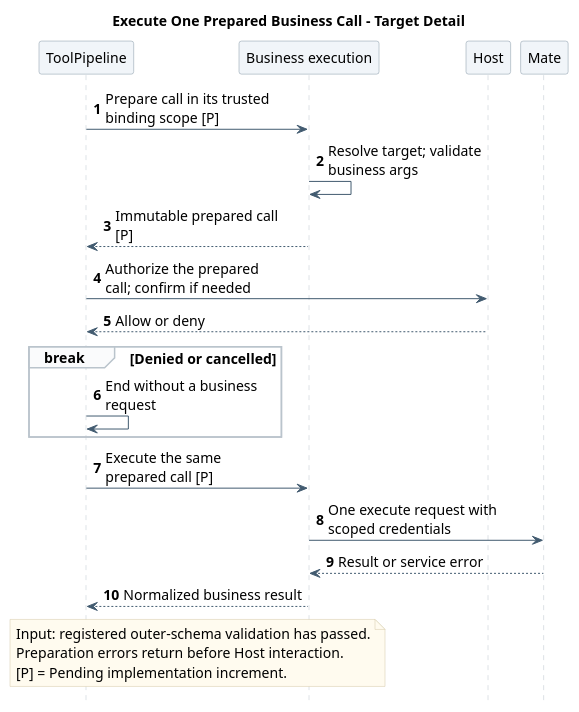
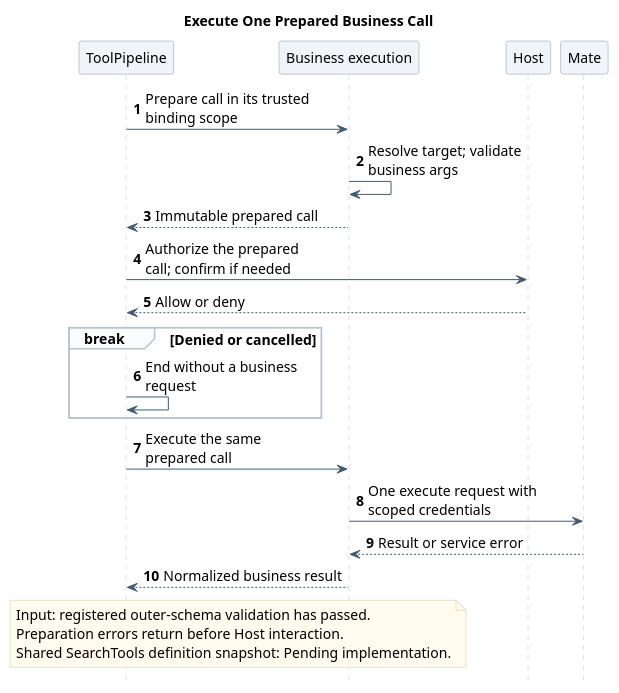
The sixth of 13 diagrams in 01-总体架构/02-CampusClaw工具系统/diagram.puml (ssm0808/pi-mono-java-design), drawn with PlantUML before and after one commit. The commit also changed other lines of this file and 21 other files, not shown here.

Commit message:
docs(tools): adopt SearchTools discovery

```diff
--- a/01-总体架构/02-CampusClaw工具系统/diagram.puml
+++ b/01-总体架构/02-CampusClaw工具系统/diagram.puml
@@ -292,56 +355,56 @@
 @startuml call_mate_tool_sequence
-' Source evidence (CampusClaw c9a2340f87bda6dff6bbd352f6995f8551206bb5, checked 2026-09-22):
-' modules/coding-agent-cli/src/main/java/com/campusclaw/codingagent/tool/mate/CallTool.java: execute
-' modules/coding-agent-cli/src/main/java/com/campusclaw/codingagent/tool/mate/MateToolAdapter.java: execute
-' modules/coding-agent-cli/src/main/java/com/campusclaw/codingagent/tool/mate/MateToolExecutor.java: executeAgent, executeSkill, execute, validateArguments
+' Source evidence (CampusClaw ae6645caaade3b9520220a34af940210850ef36a, checked 2026-09-22):
+' modules/coding-agent-cli/src/main/java/com/campusclaw/codingagent/tool/mate/CallTool.java: prepare
+' modules/coding-agent-cli/src/main/java/com/campusclaw/codingagent/tool/mate/MateToolAdapter.java: prepare
+' modules/coding-agent-cli/src/main/java/com/campusclaw/codingagent/tool/mate/MateToolExecutor.java: prepareSkill, prepareAgent, executePrepared
 ' modules/coding-agent-cli/src/main/java/com/campusclaw/codingagent/common/client/HttpMateToolClient.java: callTool
 ' Baseline evidence (pi 95fbc04997eaee961eb673fa7923e9220609ebd5):
 ' packages/agent/src/agent-loop.ts: prepareToolCall, executePreparedToolCall
 ' Auxiliary evidence (DSH c36a83ff6bb95e3f82cf79f9be7c724270a8aa61, alpha):
 ' packages/core/tools/src/index.ts: prepareExecution, dispatchToolBody
 ' packages/core/tools/src/schema.ts: defineTool
-' Observed behavior: CallTool business validation currently runs inside execute after Host hooks.
-' Design reason: reject invalid business args before confirmation and execute the exact prepared snapshot after approval.
-' Pending implementation: PreparedToolInvocation, pre-confirmation validation, recovery content and stable error preservation.
+' Observed behavior: CallTool business validation runs during preparation before Host hooks, and approval executes the prepared invocation.
+' Design reason: SearchTools and execution must resolve one immutable Session definition snapshot.
+' Pending implementation: ToolDefinitionSnapshot integration and SearchTools.
 ' Stable block identity retained for existing document links.
 ' Presentation: one responsibility-level scenario; implementation details remain in the linked document.
 skinparam backgroundColor white
 skinparam defaultFontName SansSerif
 skinparam defaultFontSize 14
 skinparam shadowing false
 skinparam sequenceMessageAlign left
 skinparam maxMessageSize 180
 skinparam sequenceArrowColor #425B70
 skinparam sequenceLifeLineBorderColor #BAC4CC
 skinparam sequenceParticipantBackgroundColor #F1F5F9
 skinparam sequenceParticipantBorderColor #8496A4
 skinparam sequenceGroupBackgroundColor #FAFBFC
 skinparam sequenceGroupBorderColor #BAC4CC
 skinparam noteBackgroundColor #FFFBEF
 skinparam noteBorderColor #D2C6A5
 hide footbox
 autonumber
 
-title Execute One Prepared Business Call - Target Detail
+title Execute One Prepared Business Call
 participant ToolPipeline as Pipeline
 participant "Business execution" as Execution
 participant Host
 participant Mate
-Pipeline -> Execution : Prepare call in its trusted binding scope [P]
+Pipeline -> Execution : Prepare call in its trusted binding scope
 Execution -> Execution : Resolve target; validate business args
-Execution --> Pipeline : Immutable prepared call [P]
+Execution --> Pipeline : Immutable prepared call
 Pipeline -> Host : Authorize the prepared call; confirm if needed
 Host --> Pipeline : Allow or deny
 break Denied or cancelled
   Pipeline -> Pipeline : End without a business request
 end
-Pipeline -> Execution : Execute the same prepared call [P]
+Pipeline -> Execution : Execute the same prepared call
 Execution -> Mate : One execute request with scoped credentials
 Mate --> Execution : Result or service error
 Execution --> Pipeline : Normalized business result
 note over Pipeline,Execution
   Input: registered outer-schema validation has passed.
   Preparation errors return before Host interaction.
-  [P] = Pending implementation increment.
+  Shared SearchTools definition snapshot: Pending implementation.
 end note
 @enduml
```
